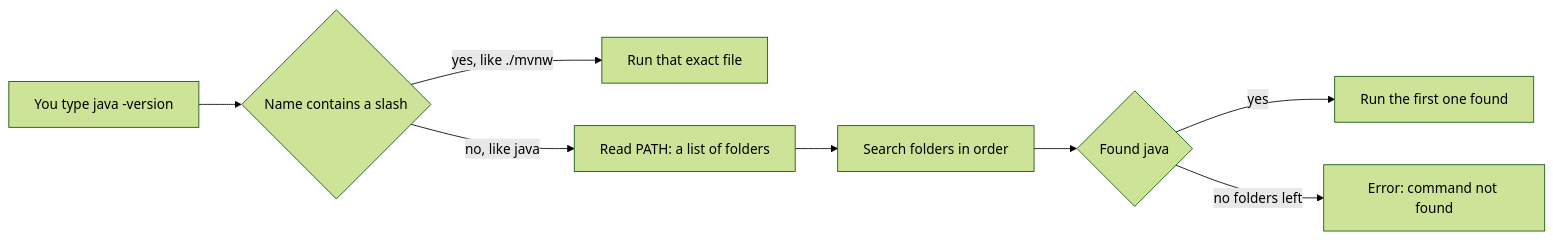
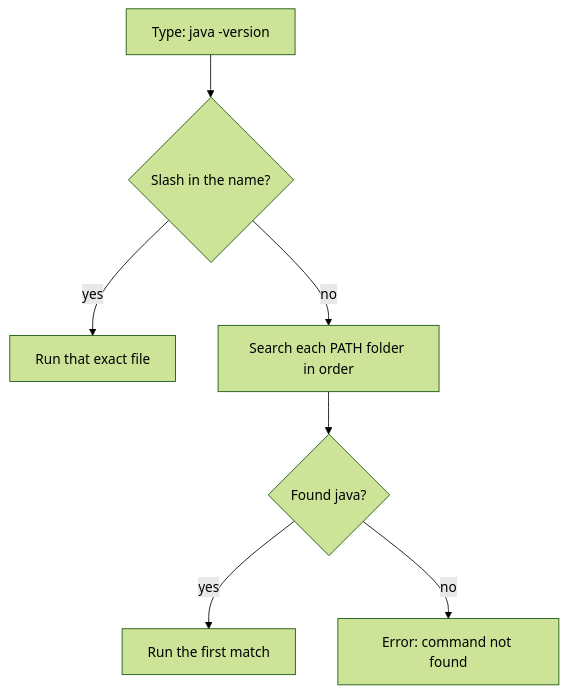
One commit to Sriram-Codes-SW/secure-doc-viewer changed the diagram in book/part-1-foundations/02-command-line-and-files.md. Above: the diagram before and after it, drawn with Mermaid (forest theme). The commit also changed other lines of this file and 31 other files, not shown here.

Commit message:
Book: interior layout design, diagram restructuring for print size, mermaid config, measure helper

````diff
--- a/book/part-1-foundations/02-command-line-and-files.md
+++ b/book/part-1-foundations/02-command-line-and-files.md
@@ -190,10 +190,9 @@
 ```mermaid
-flowchart LR
-    A["You type java -version"] --> B{"Name contains a slash"}
-    B -->|"yes, like ./mvnw"| C["Run that exact file"]
-    B -->|"no, like java"| D["Read PATH: a list of folders"]
-    D --> E["Search folders in order"]
-    E --> F{"Found java"}
-    F -->|"yes"| G["Run the first one found"]
-    F -->|"no folders left"| H["Error: command not found"]
+flowchart TB
+    A["Type: java -version"] --> B{"Slash in the name?"}
+    B -->|"yes"| C["Run that exact file"]
+    B -->|"no"| D["Search each PATH folder in order"]
+    D --> F{"Found java?"}
+    F -->|"yes"| G["Run the first match"]
+    F -->|"no"| H["Error: command not found"]
 ```
````
